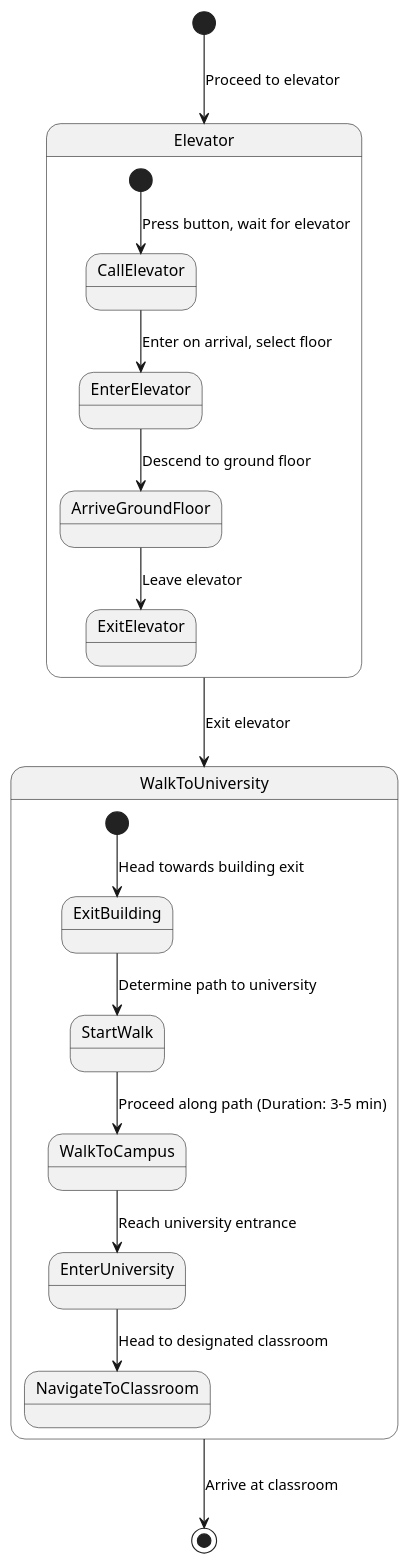
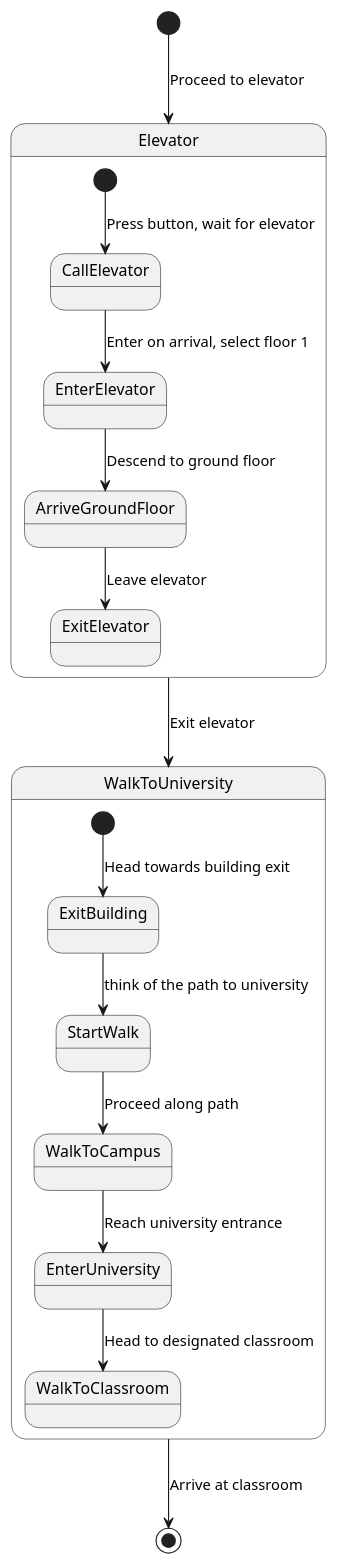
Before and after one commit to SebaPascal/Process-and-safety-assignment: the diagram in src/State2.md, drawn with PlantUML.

Commit message:
Finish my state 2

````diff
--- a/src/State2.md
+++ b/src/State2.md
@@ -5,24 +5,23 @@
 ```plantuml
 @startuml
 [*] --> Elevator : Proceed to elevator
 
 state Elevator {
     [*] --> CallElevator : Press button, wait for elevator
-    CallElevator --> EnterElevator : Enter on arrival, select floor
+    CallElevator --> EnterElevator : Enter on arrival, select floor 1
     EnterElevator --> ArriveGroundFloor : Descend to ground floor
     ArriveGroundFloor --> ExitElevator : Leave elevator
 }
 
 state WalkToUniversity {
     [*] --> ExitBuilding : Head towards building exit
-    ExitBuilding --> StartWalk : Determine path to university
-    StartWalk --> WalkToCampus : Proceed along path (Duration: 3-5 min)
+    ExitBuilding --> StartWalk : think of the path to university
+    StartWalk --> WalkToCampus : Proceed along path
     WalkToCampus --> EnterUniversity : Reach university entrance
-    EnterUniversity --> NavigateToClassroom : Head to designated classroom
+    EnterUniversity --> WalkToClassroom : Head to designated classroom
 }
 
 Elevator --> WalkToUniversity : Exit elevator
 WalkToUniversity --> [*] : Arrive at classroom
 @enduml
-
 ```
````
